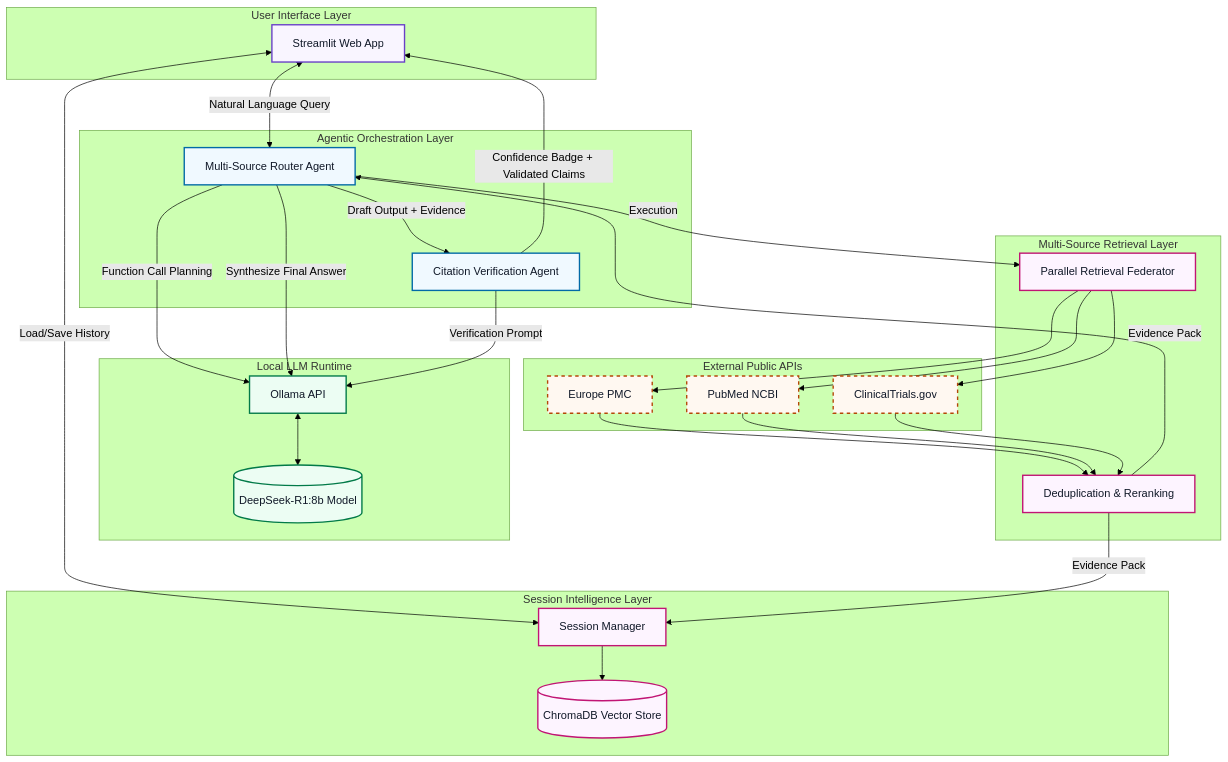
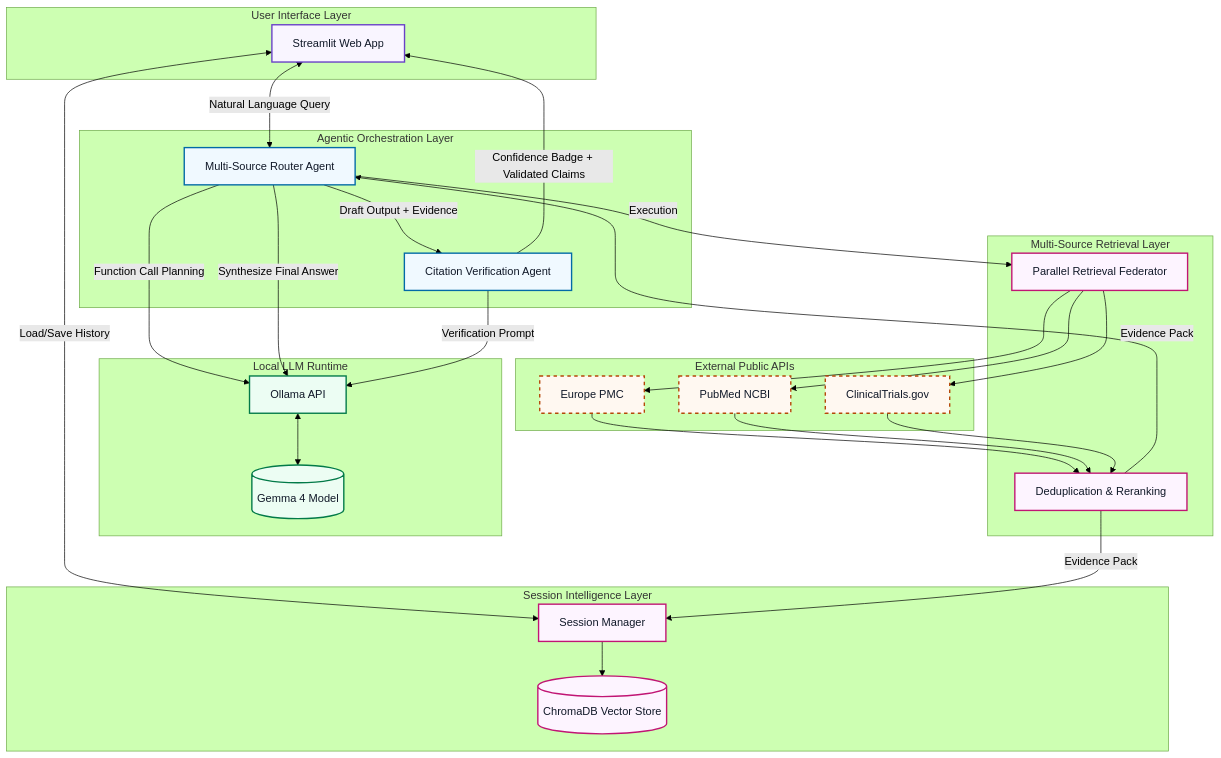
One commit to vmadhuvarshi/Drug_Target_Literature_Agent changed the diagram in docs/diagrams/system_architecture.mmd. Above: the diagram before and after it, drawn with Mermaid (forest theme). The commit also changed 12 other files, not shown here.

```diff
--- a/docs/diagrams/system_architecture.mmd
+++ b/docs/diagrams/system_architecture.mmd
@@ -1,58 +1,58 @@
 graph TD
     classDef ui fill:#f9f5ff,stroke:#6941c6,stroke-width:2px,color:#101828;
     classDef agent fill:#f0f9ff,stroke:#026aa7,stroke-width:2px,color:#101828;
     classDef data fill:#fdf4ff,stroke:#c11574,stroke-width:2px,color:#101828;
     classDef llm fill:#ecfdf3,stroke:#027a48,stroke-width:2px,color:#101828;
     classDef ext fill:#fff8f1,stroke:#b54708,stroke-width:2px,color:#101828,stroke-dasharray: 5 5;
 
     subgraph User Interface Layer
         UI[Streamlit Web App]:::ui
     end
 
     subgraph Agentic Orchestration Layer
         Router[Multi-Source Router Agent]:::agent
         Verifier[Citation Verification Agent]:::agent
     end
 
     subgraph Local LLM Runtime
         Ollama[Ollama API]:::llm
-        LLMModel[(DeepSeek-R1:8b Model)]:::llm
+        LLMModel[(Gemma 4 Model)]:::llm
     end
 
     subgraph Session Intelligence Layer
         SessionMgr[Session Manager]:::data
         Chroma[(ChromaDB Vector Store)]:::data
     end
 
     subgraph Multi-Source Retrieval Layer
         Federator[Parallel Retrieval Federator]:::data
         Dedupe[Deduplication & Reranking]:::data
     end
 
     subgraph External Public APIs
         EPMC[Europe PMC]:::ext
         PubMed[PubMed NCBI]:::ext
         CT[ClinicalTrials.gov]:::ext
     end
 
     UI <-->|Natural Language Query| Router
     UI <-->|Load/Save History| SessionMgr
 
     Router -->|Function Call Planning| Ollama
     Router -->|Execution| Federator
 
     Federator --> EPMC
     Federator --> PubMed
     Federator --> CT
 
     EPMC & PubMed & CT --> Dedupe
     Dedupe -->|Evidence Pack| SessionMgr
     SessionMgr --> Chroma
 
     Dedupe -->|Evidence Pack| Router
     Router -->|Synthesize Final Answer| Ollama
     Ollama <--> LLMModel
 
     Router -->|Draft Output + Evidence| Verifier
     Verifier -->|Verification Prompt| Ollama
     Verifier -->|Confidence Badge + Validated Claims| UI
```
